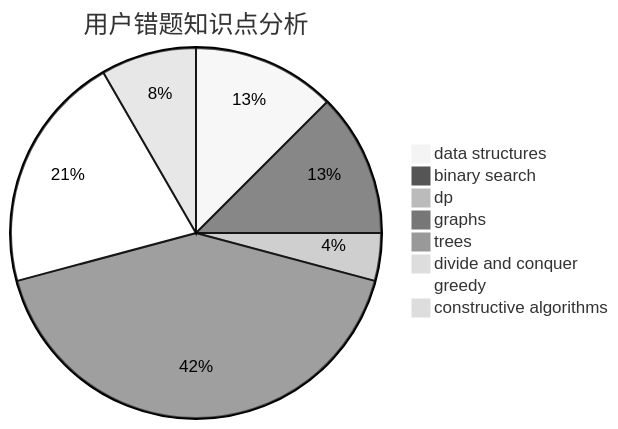
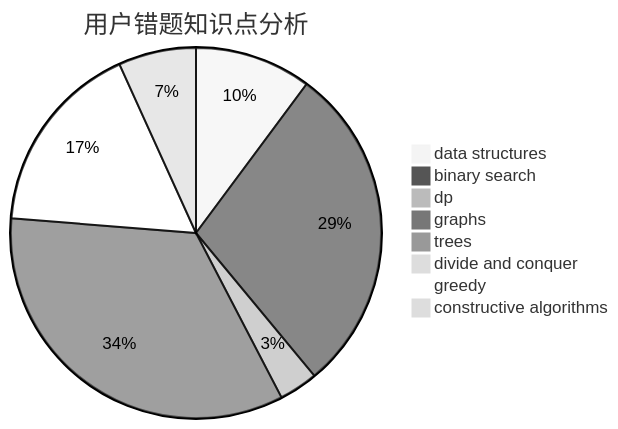
The third of 3 diagrams in docs/user/u2501.md (sherpahu/cfrs.github.io), drawn with Mermaid (neutral theme) before and after one commit. The commit also changed other lines of this file and 2770 other files, not shown here.

````diff
--- a/docs/user/u2501.md
+++ b/docs/user/u2501.md
@@ -36,11 +36,11 @@
 ```mermaid
 pie title 用户错题知识点分析
     "data structures" :  6
-    "binary search" :  6
+    "binary search" :  17
     "dp" :  2
     "graphs" :  20
     "trees" :  0
     "divide and conquer" :  0
     "greedy" :  10
     "constructive algorithms" :  4
 ```
````
